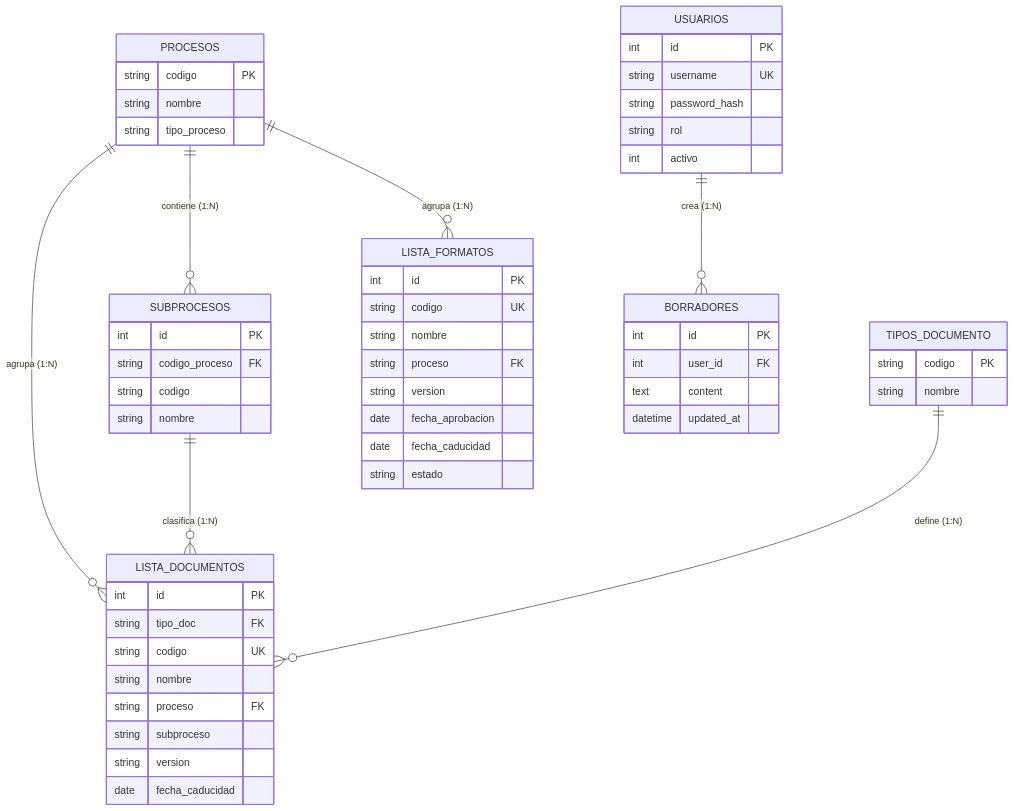
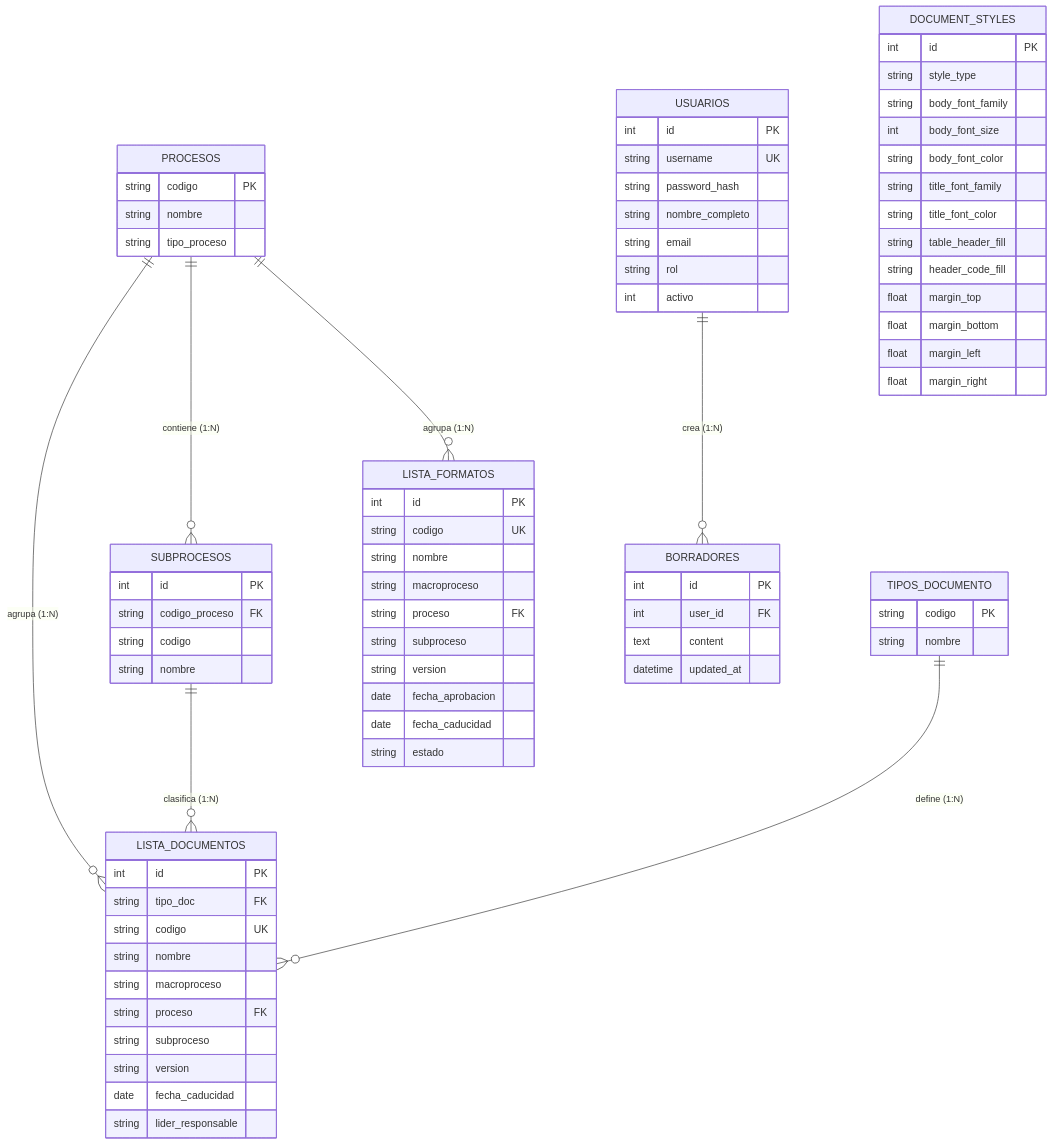
The diagram in README.md (afjaimes3/Aplicacion-Web-para-la-Mejora-del-Sistema-de-Gestion-de-Calidad), drawn with Mermaid before and after one commit. The commit also changed other lines of this file, not shown here.

```diff
--- a/README.md
+++ b/README.md
@@ -110,44 +139,72 @@
         int id PK
         string username UK
         string password_hash
+        string nombre_completo
+        string email
         string rol
         int activo
     }
+
     PROCESOS {
         string codigo PK
         string nombre
         string tipo_proceso
     }
+
     SUBPROCESOS {
         int id PK
         string codigo_proceso FK
         string codigo
         string nombre
     }
+
     TIPOS_DOCUMENTO {
         string codigo PK
         string nombre
     }
+
     LISTA_DOCUMENTOS {
         int id PK
         string tipo_doc FK
         string codigo UK
         string nombre
+        string macroproceso
         string proceso FK
         string subproceso
         string version
         date fecha_caducidad
+        string lider_responsable
     }
+
     LISTA_FORMATOS {
         int id PK
         string codigo UK
         string nombre
+        string macroproceso
         string proceso FK
+        string subproceso
         string version
         date fecha_aprobacion
         date fecha_caducidad
         string estado
     }
+
+    DOCUMENT_STYLES {
+        int id PK
+        string style_type
+        string body_font_family
+        int body_font_size
+        string body_font_color
+        string title_font_family
+        string title_font_color
+        string table_header_fill
+        string header_code_fill
+        float margin_top
+        float margin_bottom
+        float margin_left
+        float margin_right
+    }
+
     BORRADORES {
         int id PK
         int user_id FK
```
